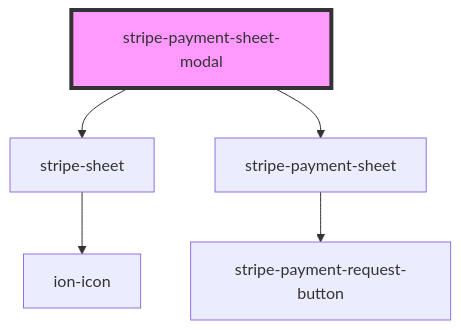
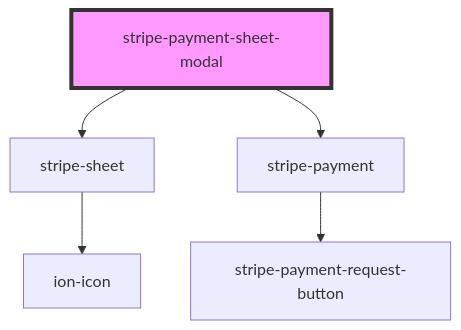
Before and after one commit to wpkyoto/stripe-pwa-elements: the diagram in src/components/stripe-payment-sheet-modal/readme.md, drawn with Mermaid. The commit also changed other lines of this file and 7 other files, not shown here.

Commit message:
breaking-change: rename from stripe-payment-sheet to stripe-payment

````diff
--- a/src/components/stripe-payment-sheet-modal/readme.md
+++ b/src/components/stripe-payment-sheet-modal/readme.md
@@ -91,8 +91,8 @@
 ```mermaid
 graph TD;
   stripe-payment-sheet-modal --> stripe-sheet
-  stripe-payment-sheet-modal --> stripe-payment-sheet
+  stripe-payment-sheet-modal --> stripe-payment
   stripe-sheet --> ion-icon
-  stripe-payment-sheet --> stripe-payment-request-button
+  stripe-payment --> stripe-payment-request-button
   style stripe-payment-sheet-modal fill:#f9f,stroke:#333,stroke-width:4px
 ```
````
